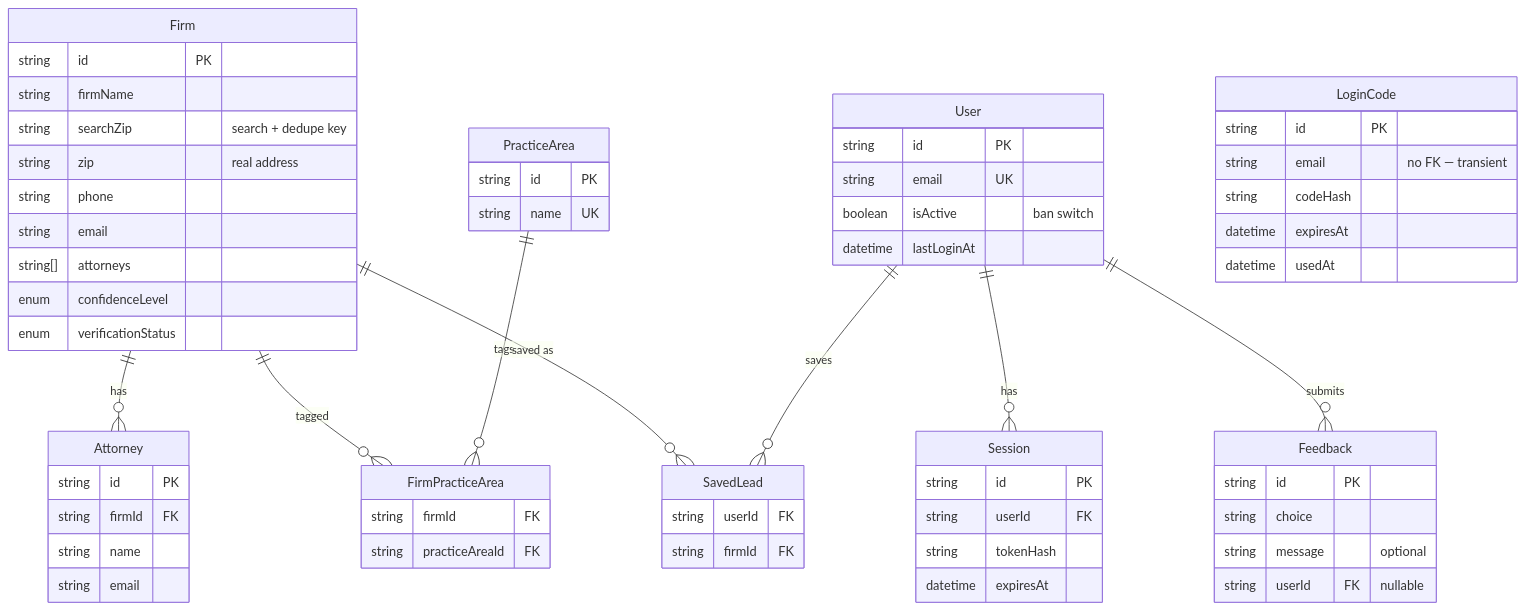
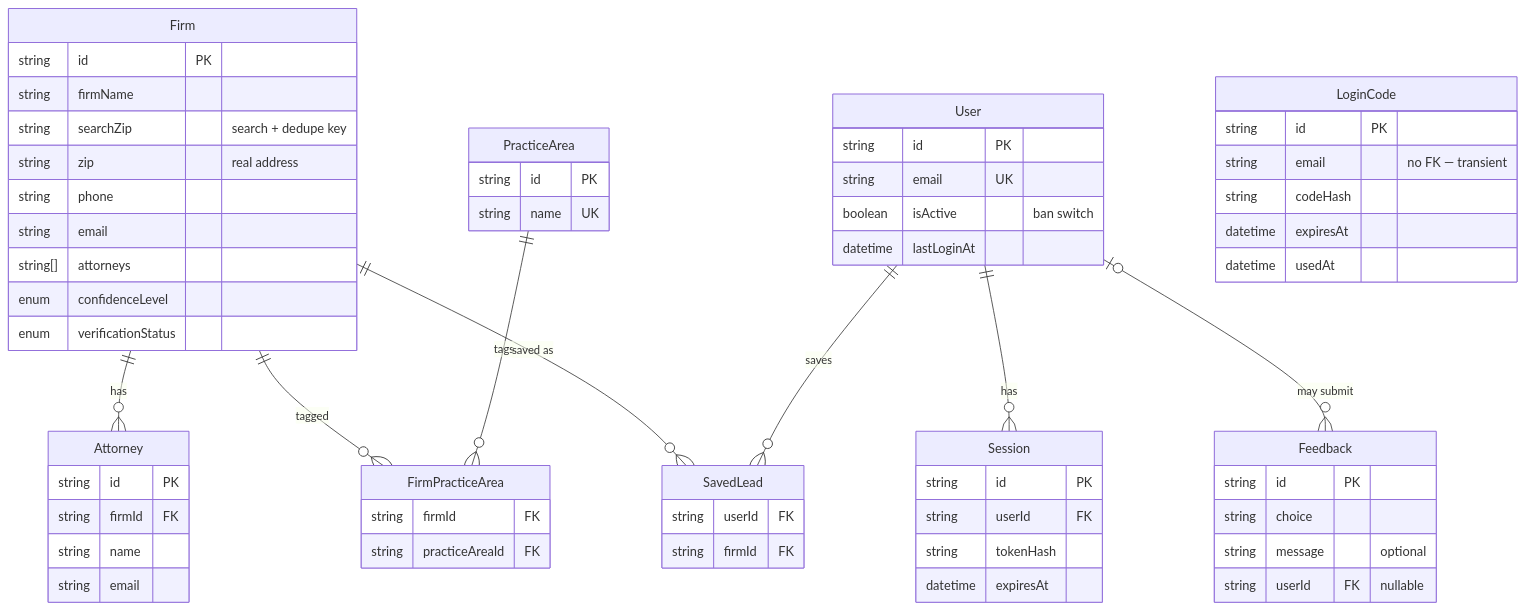
One commit to philay3/Legal-prospect changed the third of 3 diagrams in README.md. Above: the diagram before and after it, drawn with Mermaid. The commit also changed other lines of this file and 35 other files, not shown here.

````diff
--- a/README.md
+++ b/README.md
@@ -123,65 +123,65 @@
 ```mermaid
 erDiagram
     Firm ||--o{ Attorney : "has"
     Firm ||--o{ FirmPracticeArea : "tagged"
     PracticeArea ||--o{ FirmPracticeArea : "tags"
     Firm ||--o{ SavedLead : "saved as"
     User ||--o{ SavedLead : "saves"
     User ||--o{ Session : "has"
-    User ||--o{ Feedback : "submits"
+    User |o--o{ Feedback : "may submit"
 
     Firm {
         string id PK
         string firmName
         string searchZip "search + dedupe key"
         string zip "real address"
         string phone
         string email
         string[] attorneys
         enum confidenceLevel
         enum verificationStatus
     }
     Attorney {
         string id PK
         string firmId FK
         string name
         string email
     }
     PracticeArea {
         string id PK
         string name UK
     }
     FirmPracticeArea {
         string firmId FK
         string practiceAreaId FK
     }
     User {
         string id PK
         string email UK
         boolean isActive "ban switch"
         datetime lastLoginAt
     }
     Session {
         string id PK
         string userId FK
         string tokenHash
         datetime expiresAt
     }
     LoginCode {
         string id PK
         string email "no FK — transient"
         string codeHash
         datetime expiresAt
         datetime usedAt
     }
     SavedLead {
         string userId FK
         string firmId FK
     }
     Feedback {
         string id PK
         string choice
         string message "optional"
         string userId FK "nullable"
     }
 ```
````
